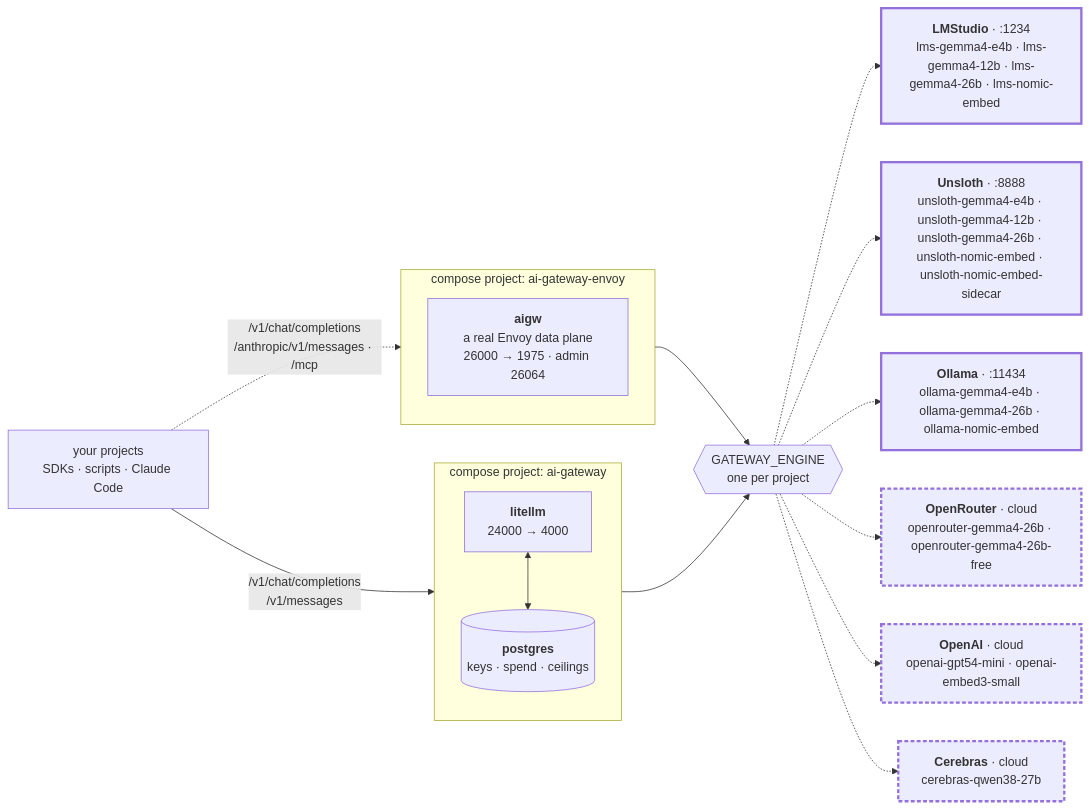
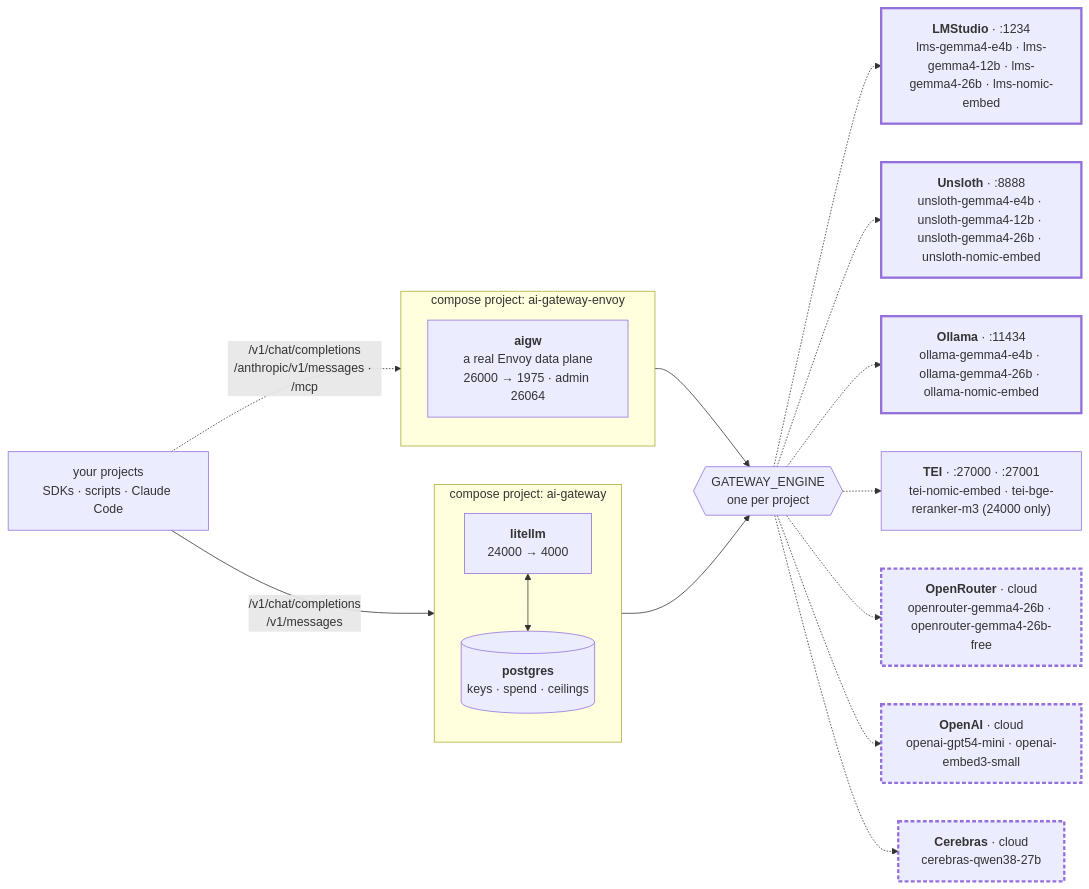
The diagram in README.md (lukaskellerstein/ai-gateway), drawn with Mermaid before and after one commit. The commit also changed other lines of this file and 35 other files, not shown here.

Commit message:
Add TEI as a native embed and rerank engine on both gateways (#12)

````diff
--- a/README.md
+++ b/README.md
@@ -81,37 +85,38 @@
 ```mermaid
 flowchart LR
     callers["your projects<br/>SDKs · scripts · Claude Code"]
 
     subgraph p1["compose project: ai-gateway"]
         direction TB
         litellm["<b>litellm</b><br/>24000 → 4000"]
         pg1[("<b>postgres</b><br/>keys · spend · ceilings")]
         litellm <--> pg1
     end
 
     subgraph p2["compose project: ai-gateway-envoy"]
         direction TB
         env["<b>aigw</b><br/>a real Envoy data plane<br/>26000 → 1975 · admin 26064"]
     end
 
     engine{{"GATEWAY_ENGINE<br/>one per project"}}
 
     lms["<b>LMStudio</b> · :1234<br/>lms-gemma4-e4b · lms-gemma4-12b · lms-gemma4-26b · lms-nomic-embed"]
-    uns["<b>Unsloth</b> · :8888<br/>unsloth-gemma4-e4b · unsloth-gemma4-12b · unsloth-gemma4-26b · unsloth-nomic-embed · unsloth-nomic-embed-sidecar"]
+    uns["<b>Unsloth</b> · :8888<br/>unsloth-gemma4-e4b · unsloth-gemma4-12b · unsloth-gemma4-26b · unsloth-nomic-embed"]
     oll["<b>Ollama</b> · :11434<br/>ollama-gemma4-e4b · ollama-gemma4-26b · ollama-nomic-embed"]
+    tei["<b>TEI</b> · :27000 · :27001<br/>tei-nomic-embed · tei-bge-reranker-m3 (24000 only)"]
     orr["<b>OpenRouter</b> · cloud<br/>openrouter-gemma4-26b · openrouter-gemma4-26b-free"]
     oai["<b>OpenAI</b> · cloud<br/>openai-gpt54-mini · openai-embed3-small"]
     cer["<b>Cerebras</b> · cloud<br/>cerebras-qwen38-27b"]
 
     callers -->|"/v1/chat/completions<br/>/v1/messages"| litellm
     callers -.->|"/v1/chat/completions<br/>/anthropic/v1/messages · /mcp"| env
     litellm --> engine
     env --> engine
-    engine -.-> lms & uns & oll
+    engine -.-> lms & uns & oll & tei
     engine -.-> orr & oai & cer
 
     classDef onhost stroke-width:3px
     classDef paid stroke-width:3px,stroke-dasharray: 5 3
     class lms,uns,oll onhost
     class orr,oai,cer paid
 ```
````
